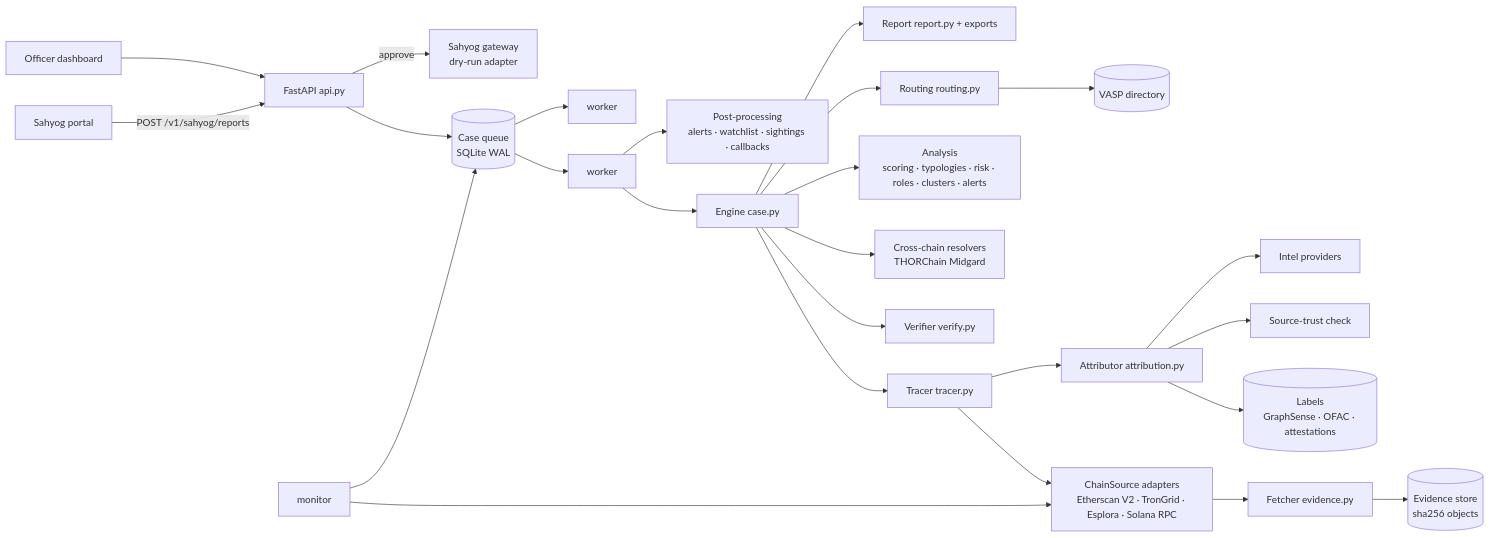
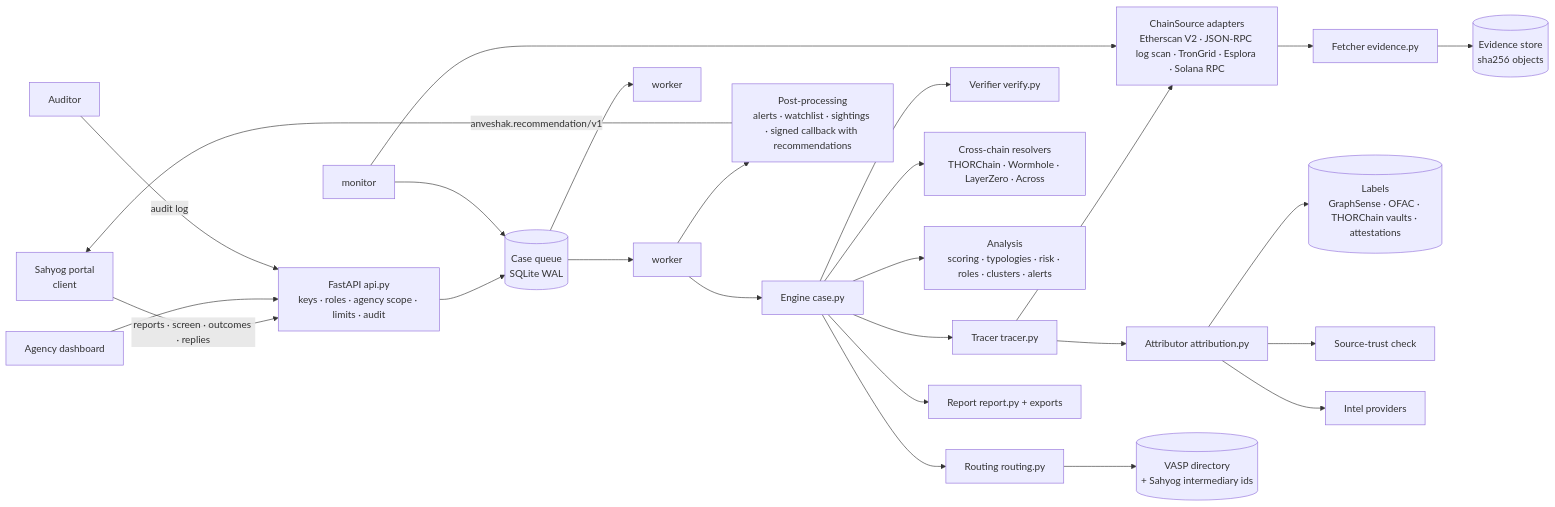
Before and after one commit to me-jain-anurag/Anveshak: the diagram in docs/architecture.md, drawn with Mermaid. The commit also changed other lines of this file and 87 other files, not shown here.

First line of the commit message:
Sahyog-as-client API, keyless EVM log scan, bridge resolvers, denials, access control, benchmark

````diff
--- a/docs/architecture.md
+++ b/docs/architecture.md
@@ -5,25 +5,26 @@
 ```mermaid
 flowchart LR
-    S[Sahyog portal] -- "POST /v1/sahyog/reports" --> API
-    O[Officer dashboard] --> API
-    API[FastAPI api.py] --> Q[(Case queue\nSQLite WAL)]
+    S[Sahyog portal\nclient] -- "reports · screen · outcomes · replies" --> API
+    O[Agency dashboard] --> API
+    AU[Auditor] -- "audit log" --> API
+    API[FastAPI api.py\nkeys · roles · agency scope · limits · audit] --> Q[(Case queue\nSQLite WAL)]
     Q --> W1[worker] & W2[worker]
     W1 --> E[Engine case.py]
     E --> T[Tracer tracer.py]
-    T --> CS[ChainSource adapters\nEtherscan V2 · TronGrid · Esplora · Solana RPC]
+    T --> CS[ChainSource adapters\nEtherscan V2 · JSON-RPC log scan · TronGrid · Esplora · Solana RPC]
     CS --> F[Fetcher evidence.py] --> ES[(Evidence store\nsha256 objects)]
     T --> A[Attributor attribution.py]
-    A --> L[(Labels\nGraphSense · OFAC · attestations)]
+    A --> L[(Labels\nGraphSense · OFAC · THORChain vaults · attestations)]
     A --> ST[Source-trust check]
     A --> P[Intel providers]
     E --> V[Verifier verify.py]
-    E --> X[Cross-chain resolvers\nTHORChain Midgard]
+    E --> X[Cross-chain resolvers\nTHORChain · Wormhole · LayerZero · Across]
     E --> AN[Analysis\nscoring · typologies · risk · roles · clusters · alerts]
     E --> R[Routing routing.py]
-    R --> D[(VASP directory)]
+    R --> D[(VASP directory\n+ Sahyog intermediary ids)]
     E --> REP[Report report.py + exports]
-    W1 --> PP[Post-processing\nalerts · watchlist · sightings · callbacks]
+    W1 --> PP[Post-processing\nalerts · watchlist · sightings · signed callback with recommendations]
+    PP -- "anveshak.recommendation/v1" --> S
     M[monitor] --> CS
     M --> Q
-    API -- approve --> G[Sahyog gateway\ndry-run adapter]
 ```
````
